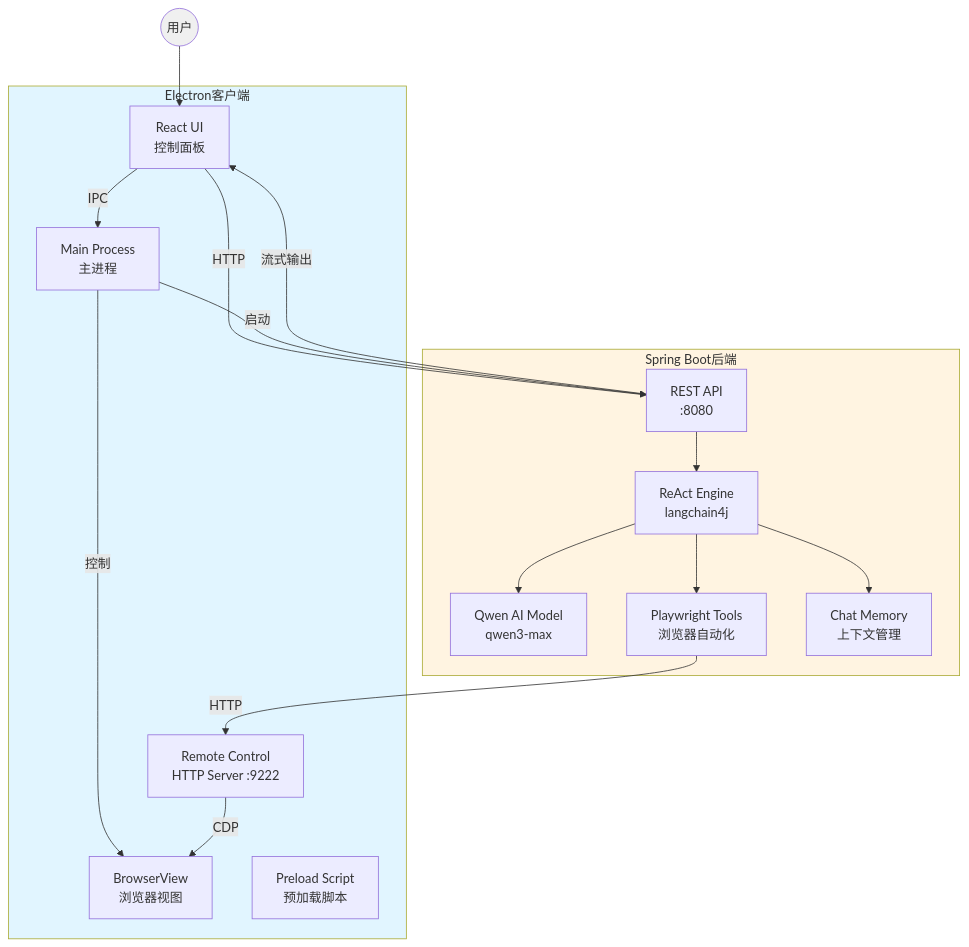
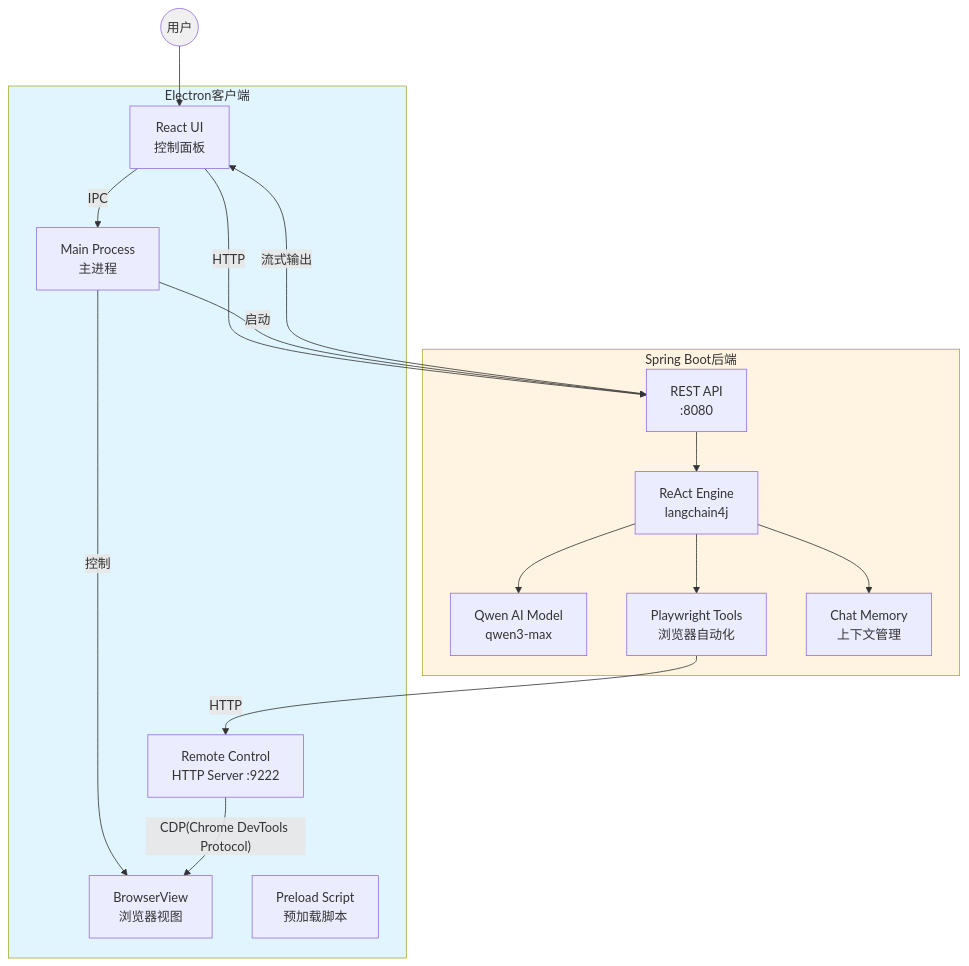
Before and after one commit to 1018053166/ReActAgentDemo: the first of 4 diagrams in README.md, drawn with Mermaid. The commit also changed 5 other files, not shown here.

````diff
--- a/README.md
+++ b/README.md
@@ -10,35 +10,35 @@
 ```mermaid
 graph TB
     subgraph electron["Electron客户端"]
         UI["React UI<br/>控制面板"]
         BV["BrowserView<br/>浏览器视图"]
         Main["Main Process<br/>主进程"]
         Preload["Preload Script<br/>预加载脚本"]
         Remote["Remote Control<br/>HTTP Server :9222"]
     end
     
     subgraph springboot["Spring Boot后端"]
         API["REST API<br/>:8080"]
         ReAct["ReAct Engine<br/>langchain4j"]
         Qwen["Qwen AI Model<br/>qwen3-max"]
         Tools["Playwright Tools<br/>浏览器自动化"]
         Memory["Chat Memory<br/>上下文管理"]
     end
     
     User(("用户")) --> UI
     UI -->|"IPC"| Main
     UI -->|"HTTP"| API
     Main -->|"启动"| API
     Main -->|"控制"| BV
     API -->|"流式输出"| UI
     API --> ReAct
     ReAct --> Qwen
     ReAct --> Tools
     ReAct --> Memory
     Tools -->|"HTTP"| Remote
-    Remote -->|"CDP"| BV
+    Remote -->|"CDP(Chrome DevTools Protocol)"| BV
     
     style electron fill:#e1f5ff
     style springboot fill:#fff4e1
     style User fill:#f0f0f0
 ```
````
